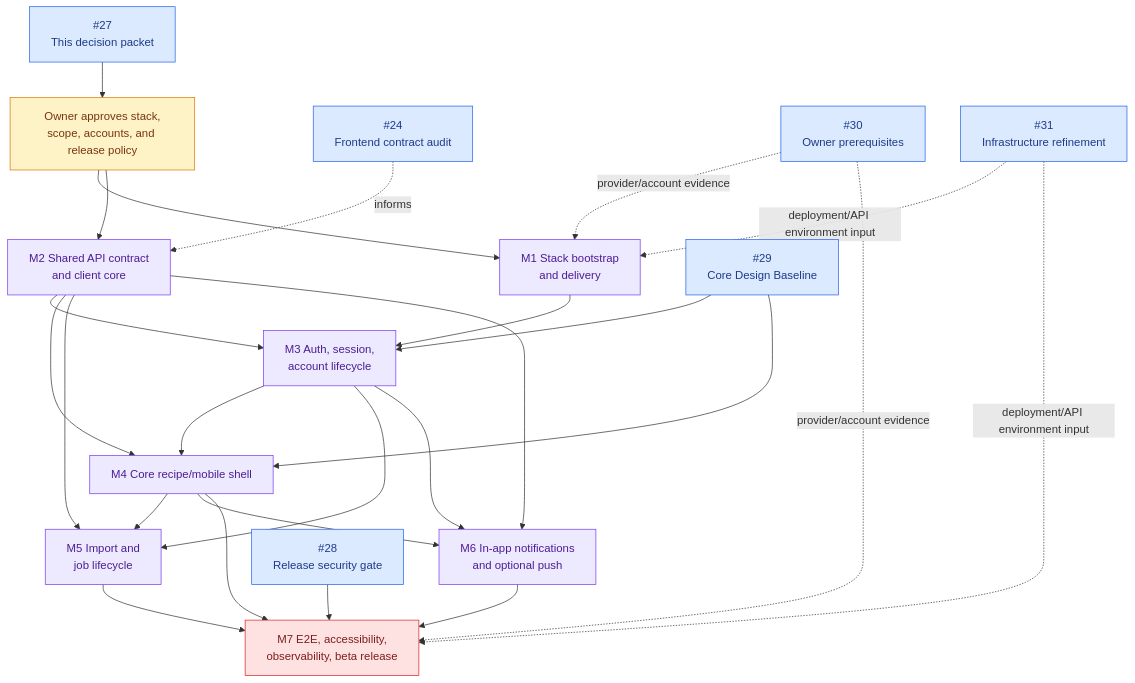
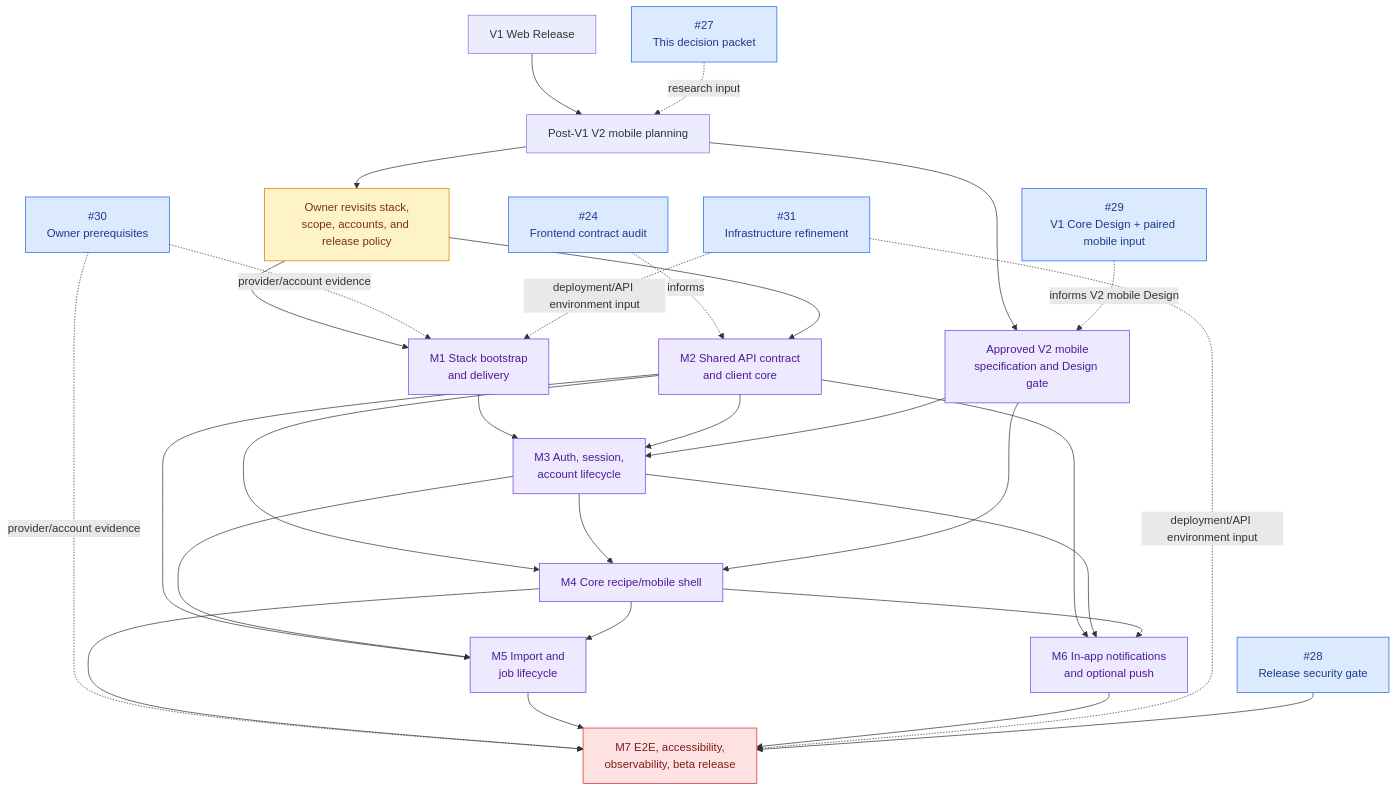
Before and after one commit to starkovalera/recipe-manager: the diagram in docs/architecture/native-client-decision-packet.md, drawn with Mermaid. The commit also changed other lines of this file and 18 other files, not shown here.

Commit message:
docs: align release planning around v1 web and v2 mobile (#61)

````diff
--- a/docs/architecture/native-client-decision-packet.md
+++ b/docs/architecture/native-client-decision-packet.md
@@ -272,35 +294,39 @@
 ```mermaid
 flowchart TD
-  issue27["#27<br/>This decision packet"] --> approval["Owner approves stack,<br/>scope, accounts, and release policy"]
+  v1["V1 Web Release"] --> planning["Post-V1 V2 mobile planning"]
+  issue27["#27<br/>This decision packet"] -. research input .-> planning
+  planning --> approval["Owner revisits stack,<br/>scope, accounts, and release policy"]
+  planning --> mobileDesign["Approved V2 mobile<br/>specification and Design gate"]
   approval --> m1["M1 Stack bootstrap<br/>and delivery"]
   input24["#24<br/>Frontend contract audit"] -. informs .-> m2["M2 Shared API contract<br/>and client core"]
   approval --> m2
   owner30["#30<br/>Owner prerequisites"] -. provider/account evidence .-> m1
   owner30 -. provider/account evidence .-> m7["M7 E2E, accessibility,<br/>observability, beta release"]
   m1 --> m3["M3 Auth, session,<br/>account lifecycle"]
   m2 --> m3
-  design29["#29<br/>Core Design Baseline"] --> m3
+  mobileDesign --> m3
   m2 --> m4["M4 Core recipe/mobile shell"]
   m3 --> m4
-  design29 --> m4
+  mobileDesign --> m4
+  design29["#29<br/>V1 Core Design + paired mobile input"] -. informs V2 mobile Design .-> mobileDesign
   m2 --> m5["M5 Import and<br/>job lifecycle"]
   m3 --> m5
   m2 --> m6["M6 In-app notifications<br/>and optional push"]
   m3 --> m6
   m4 --> m5
   m4 --> m6
   m4 --> m7
   m5 --> m7
   m6 --> m7
   infra31["#31<br/>Infrastructure refinement"] -. deployment/API environment input .-> m1
   infra31 -. deployment/API environment input .-> m7
   security28["#28<br/>Release security gate"] --> m7
   classDef current fill:#dbeafe,stroke:#2563eb,color:#1e3a8a
   classDef human fill:#fef3c7,stroke:#d97706,color:#78350f
   classDef proposed fill:#ede9fe,stroke:#7c3aed,color:#4c1d95
   classDef gate fill:#fee2e2,stroke:#dc2626,color:#7f1d1d
   class issue27,input24,design29,owner30,infra31,security28 current
   class approval human
-  class m1,m2,m3,m4,m5,m6 proposed
+  class mobileDesign,m1,m2,m3,m4,m5,m6 proposed
   class m7 gate
 ```
````
